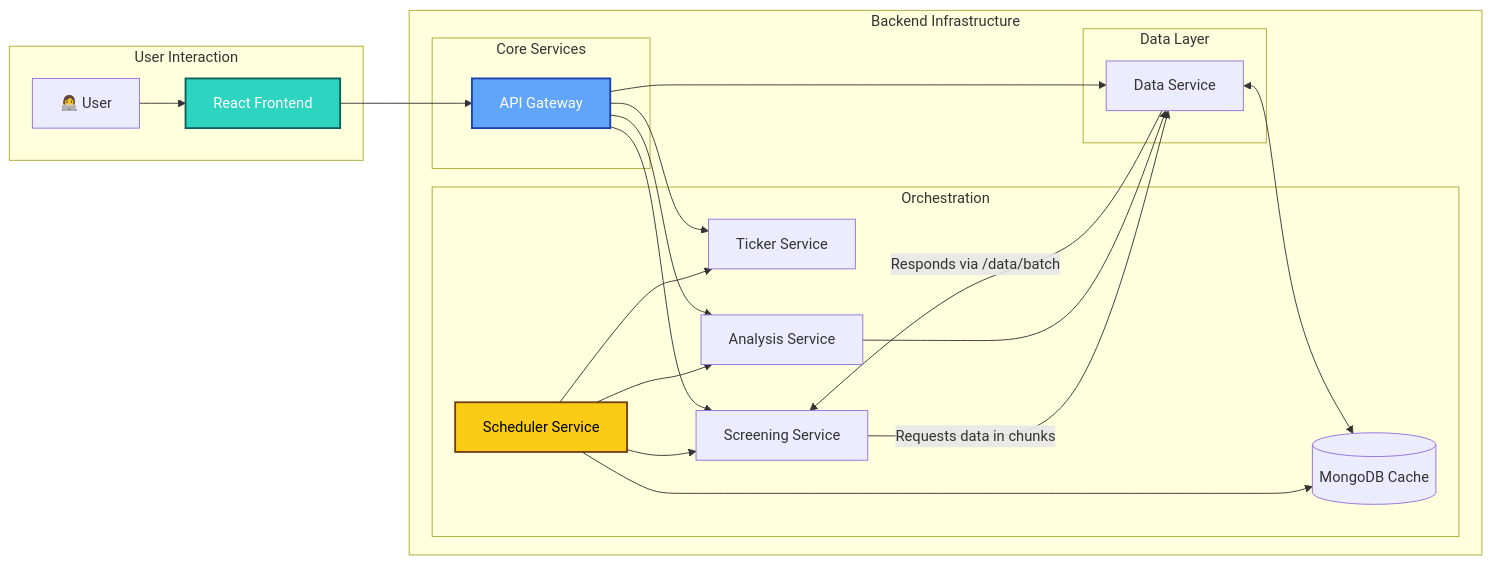
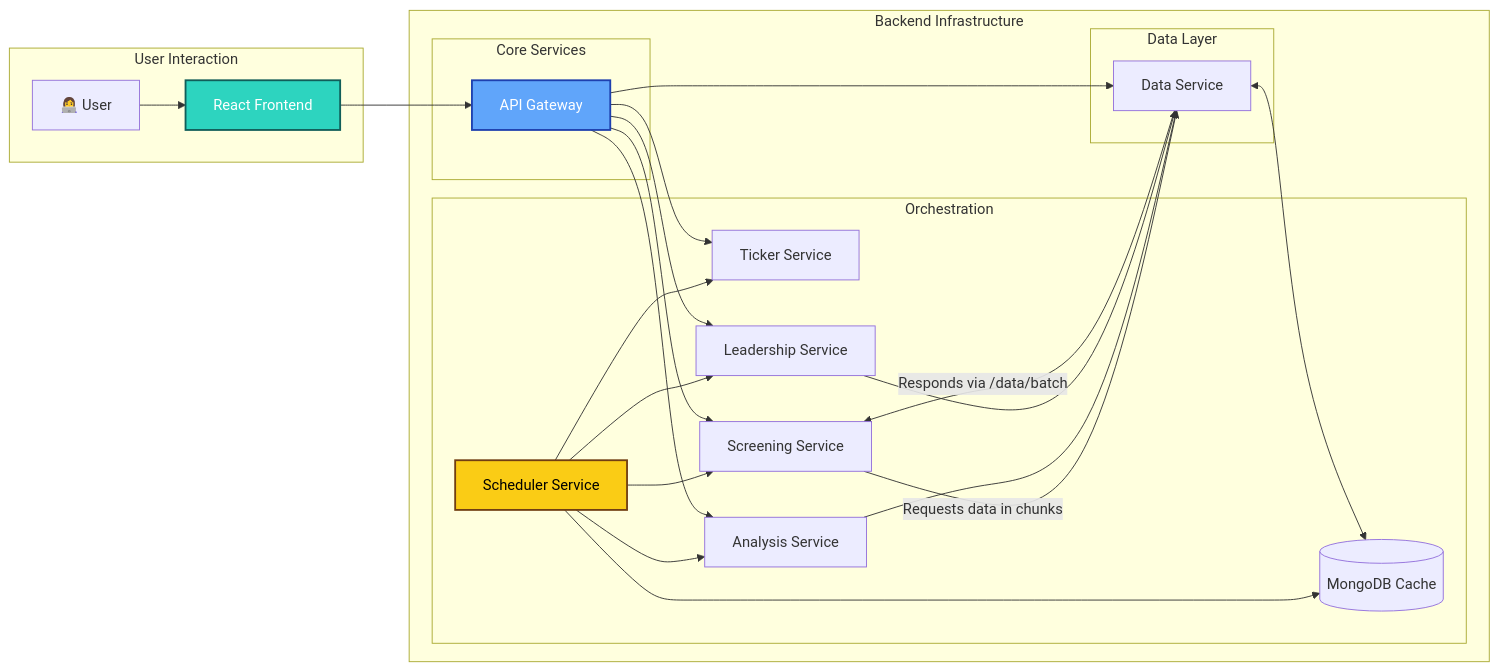
Before and after one commit to lam200213/Catalyst-Engine: the diagram in README.md, drawn with Mermaid. The commit also changed other lines of this file and 12 other files, not shown here.

````diff
--- a/README.md
+++ b/README.md
@@ -20,35 +21,38 @@
 ```mermaid
 graph LR
     subgraph User Interaction
         User[👩‍💻 User] --> FrontendApp[React Frontend];
     end
 
     subgraph Backend Infrastructure
         FrontendApp --> APIGateway[API Gateway];
         
         subgraph Orchestration
            Scheduler[Scheduler Service] --> TickerService;
            Scheduler --> ScreeningService;
            Scheduler --> AnalysisService;
+           Scheduler --> LeadershipService;
            Scheduler --> MongoDB;
         end
 
         subgraph Core Services
             APIGateway --> TickerService[Ticker Service];
             APIGateway --> ScreeningService[Screening Service];
             APIGateway --> AnalysisService[Analysis Service];
+            APIGateway --> LeadershipService[Leadership Service];
         end
 
         subgraph Data Layer
             APIGateway --> DataService[Data Service];
             ScreeningService -- "Requests data in chunks" --> DataService;
             DataService -- "Responds via /data/batch" --> ScreeningService;
             AnalysisService --> DataService;
+            LeadershipService --> DataService;
             DataService <--> MongoDB[(MongoDB Cache)];
         end
     end
 
     style FrontendApp fill:#2dd4bf,stroke:#115e59,stroke-width:2px,color:#fff
     style APIGateway fill:#60a5fa,stroke:#1e40af,stroke-width:2px,color:#fff
     style Scheduler fill:#facc15,stroke:#713f12,stroke-width:2px,color:#000
 ```
````
